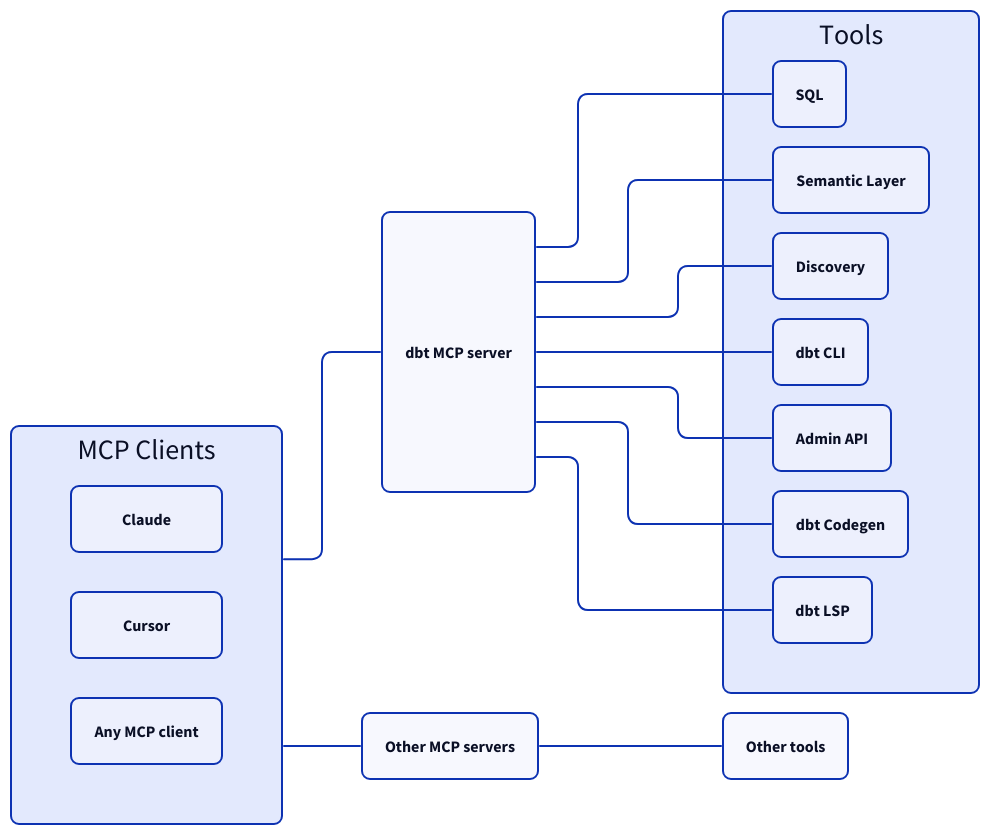
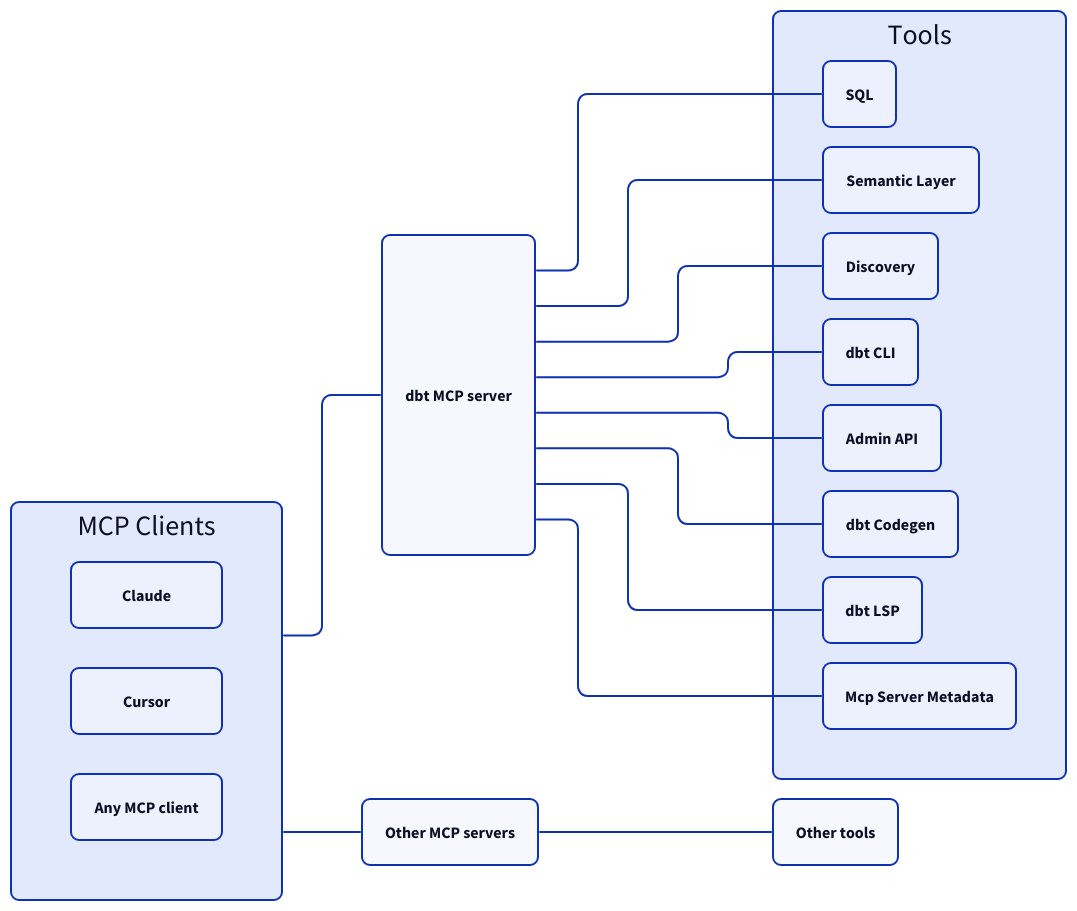
One commit to jairus-m/dbt-mcp changed the diagram in docs/diagram.d2. Above: the diagram before and after it, drawn with D2. The commit also changed 17 other files, not shown here.

Commit message:
feat: add MCP tool to expose server version (#519)

```diff
--- a/docs/diagram.d2
+++ b/docs/diagram.d2
@@ -1,76 +1,80 @@
 vars: {
   d2-config: {
     layout-engine: elk
   }
 }
 
 direction: right
 *.style.border-radius: 8
 
 classes: {
   container: {
     grid-columns: 2
     grid-rows: 2
     grid-gap: 10
     width: 600
     *.style.border-radius: 8
   }
 
   big-container: {
     grid-columns: 2
     grid-rows: 4
     grid-gap: 10
     width: 600
     *.style.border-radius: 8
   }
 }
 
 mcp: dbt MCP server
 
 tools: Tools {
   sql: SQL {
     style.border-radius: 8
   }
 
   semantic_layer: Semantic Layer {
     style.border-radius: 8
   }
 
   discovery: Discovery {
     style.border-radius: 8
   }
 
   dbt_cli: dbt CLI {
     style.border-radius: 8
   }
 
   admin_api: Admin API {
     style.border-radius: 8
   }
 
   dbt_codegen: dbt Codegen {
     style.border-radius: 8
   }
 
   dbt_lsp: dbt LSP {
     style.border-radius: 8
   }
 
+  mcp_server_metadata: Mcp Server Metadata {
+    style.border-radius: 8
+  }
+
 }
 
 mcp -- tools.*
 
 clients: MCP Clients {
   grid-columns: 1
   *.style.border-radius: 8
   Claude
   Cursor
   mcp_clients: Any MCP client
 }
 
 other_mcp: Other MCP servers
 other_tools: Other tools
 
 clients -- mcp
 clients -- other_mcp
 other_mcp -- other_tools
```
